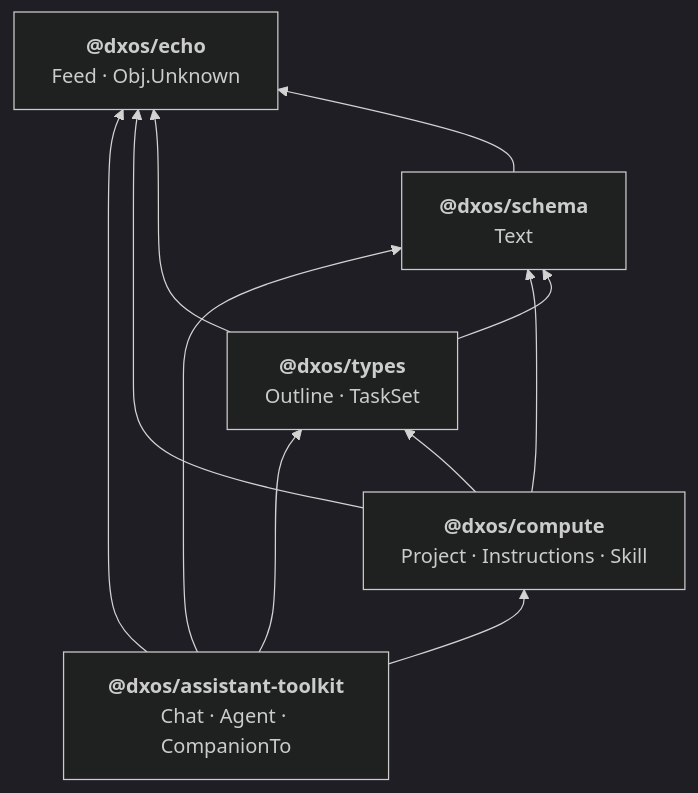
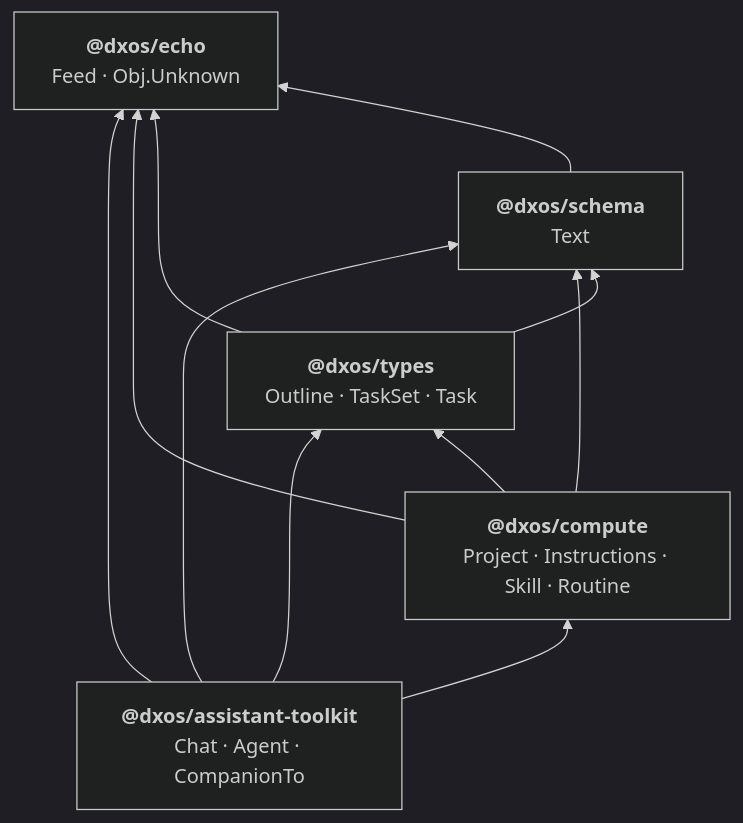
The diagram in packages/core/compute/compute/src/types/AUDIT.md (dxos/dxos), drawn with Mermaid (dark theme) before and after one commit. The commit also changed other lines of this file, not shown here.

Commit message:
compute: separate AUDIT package-graph node labels from edge definitions

````diff
--- a/packages/core/compute/compute/src/types/AUDIT.md
+++ b/packages/core/compute/compute/src/types/AUDIT.md
@@ -33,13 +33,13 @@
 ```mermaid
 graph BT
-  AT["<b>@dxos/assistant-toolkit</b><br/>Chat · Agent · CompanionTo"] --> C["<b>@dxos/compute</b><br/>Project · Instructions · Skill"]
-  AT --> T["<b>@dxos/types</b><br/>Outline · TaskSet"]
+  AT["<b>@dxos/assistant-toolkit</b><br/>Chat · Agent · CompanionTo"] --> C["<b>@dxos/compute</b><br/>Project · Instructions · Skill · Routine"]
+  AT --> T["<b>@dxos/types</b><br/>Outline · TaskSet · Task"]
   AT --> S["<b>@dxos/schema</b><br/>Text"]
   AT --> E["<b>@dxos/echo</b><br/>Feed · Obj.Unknown"]
   C --> T
   C --> S
   C --> E
   T --> S
   T --> E
   S --> E
 ```
````
